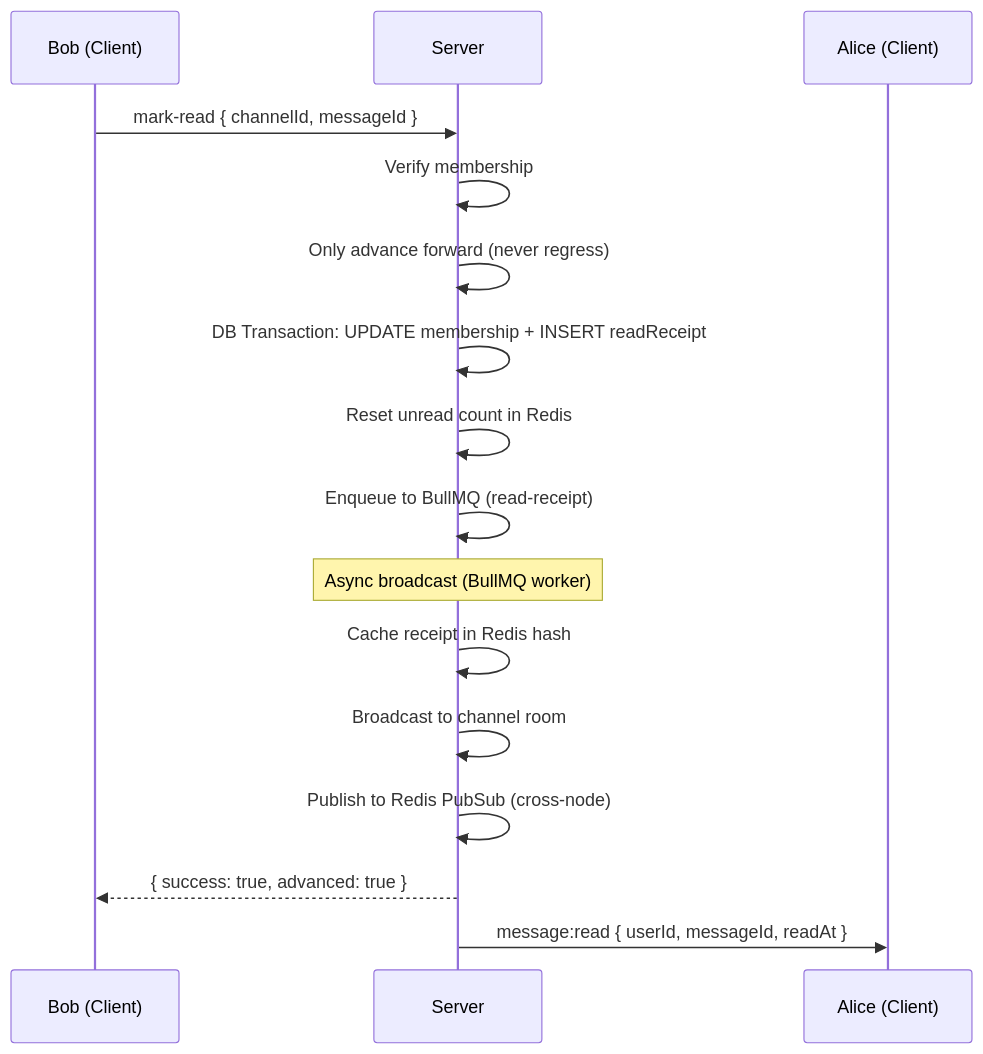
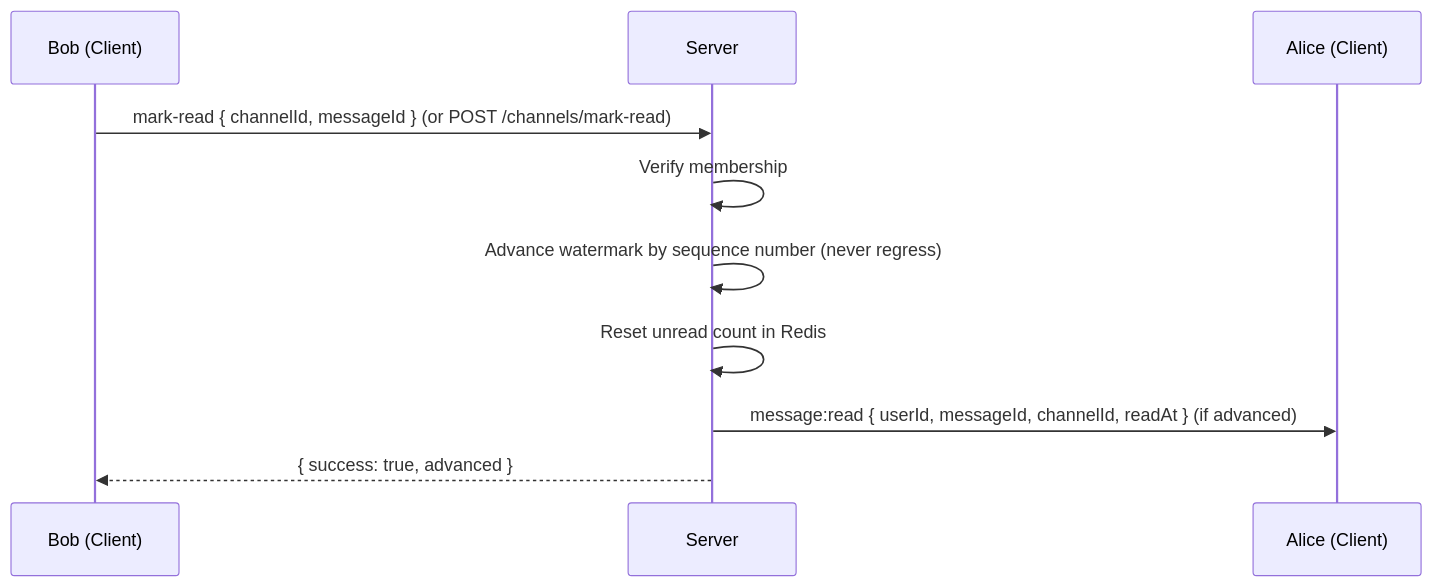
The third of 7 diagrams in README.md (BazilSuhail/ZEVRA-Server), drawn with Mermaid before and after one commit. The commit also changed other lines of this file and 125 other files, not shown here.

````diff
--- a/README.md
+++ b/README.md
@@ -142,21 +136,13 @@
 ```mermaid
 sequenceDiagram
     participant B as Bob (Client)
     participant S as Server
     participant A as Alice (Client)
 
-    B->>S: mark-read { channelId, messageId }
+    B->>S: mark-read { channelId, messageId } (or POST /channels/mark-read)
     S->>S: Verify membership
-    S->>S: Only advance forward (never regress)
-    S->>S: DB Transaction: UPDATE membership + INSERT readReceipt
+    S->>S: Advance watermark by sequence number (never regress)
     S->>S: Reset unread count in Redis
-    S->>S: Enqueue to BullMQ (read-receipt)
-
-    Note over S: Async broadcast (BullMQ worker)
-    S->>S: Cache receipt in Redis hash
-    S->>S: Broadcast to channel room
-    S->>S: Publish to Redis PubSub (cross-node)
-
-    S-->>B: { success: true, advanced: true }
-    S->>A: message:read { userId, messageId, readAt }
+    S->>A: message:read { userId, messageId, channelId, readAt } (if advanced)
+    S-->>B: { success: true, advanced }
 ```
````
